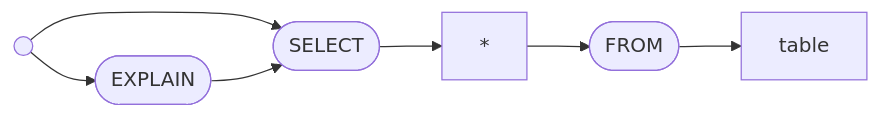
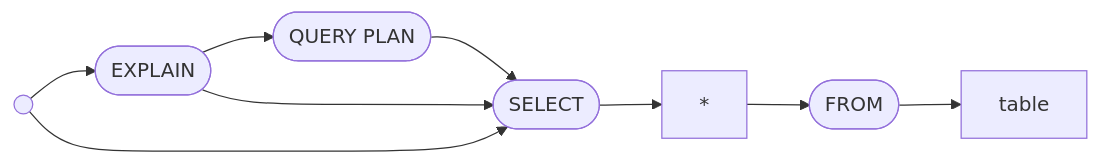
One commit to chirst/cdb changed the first of 4 diagrams in README.md. Above: the diagram before and after it, drawn with Mermaid. The commit also changed other lines of this file and 17 other files, not shown here.

Commit message:
Introduce logical query plan with EXPLAIN QUERY PLAN (#4)

````diff
--- a/README.md
+++ b/README.md
@@ -14,15 +14,18 @@
 ```mermaid
 graph LR
 begin(( ))
 explain([EXPLAIN])
+queryPlan([QUERY PLAN])
 select([SELECT])
 all[*]
 from([FROM])
 
 begin --> explain
+explain --> queryPlan
+queryPlan --> select
 begin --> select
 explain --> select
 select --> all
 all --> from
 from --> table
 ```
````
